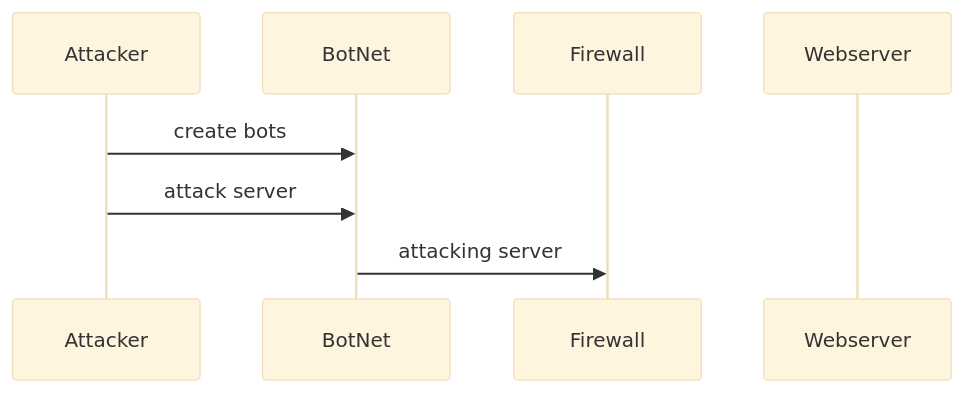
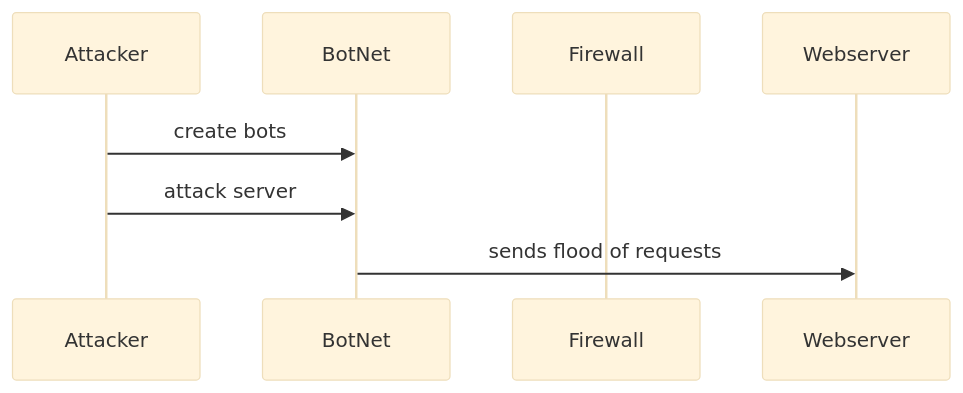
The diagram in DDoS_Attack_Sequence.md (G-Marotta/Flowchart), drawn with Mermaid (base theme) before and after one commit.

````diff
--- a/DDoS_Attack_Sequence.md
+++ b/DDoS_Attack_Sequence.md
@@ -2,10 +2,10 @@
 ```mermaid
 sequenceDiagram
     participant Attacker
     participant BotNet
     participant Firewall
     participant Webserver
     Attacker->>BotNet: create bots
     Attacker->>BotNet: attack server
-    BotNet->>Firewall: attacking server
+    BotNet->>Webserver: sends flood of requests
 ```
````
